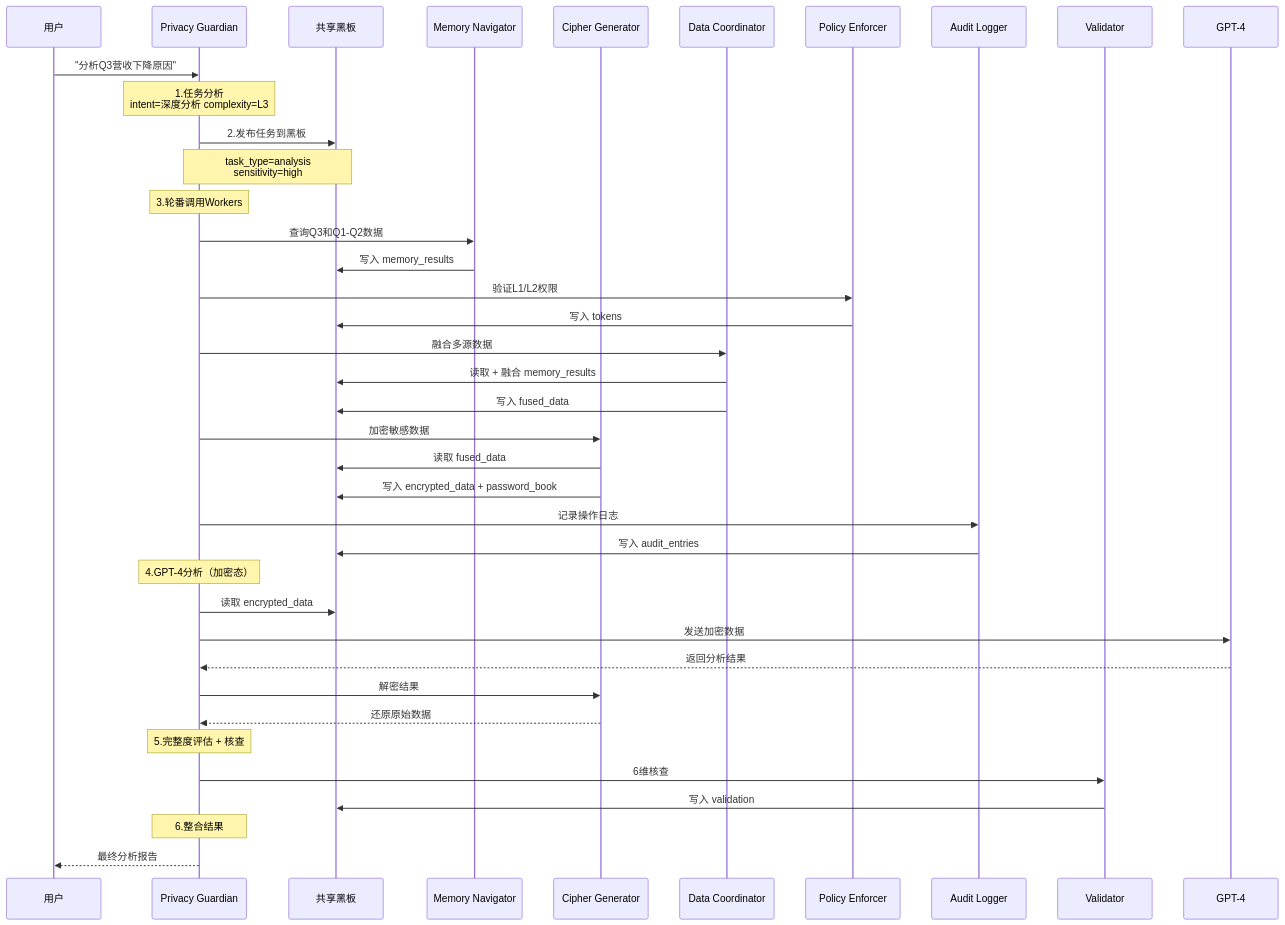
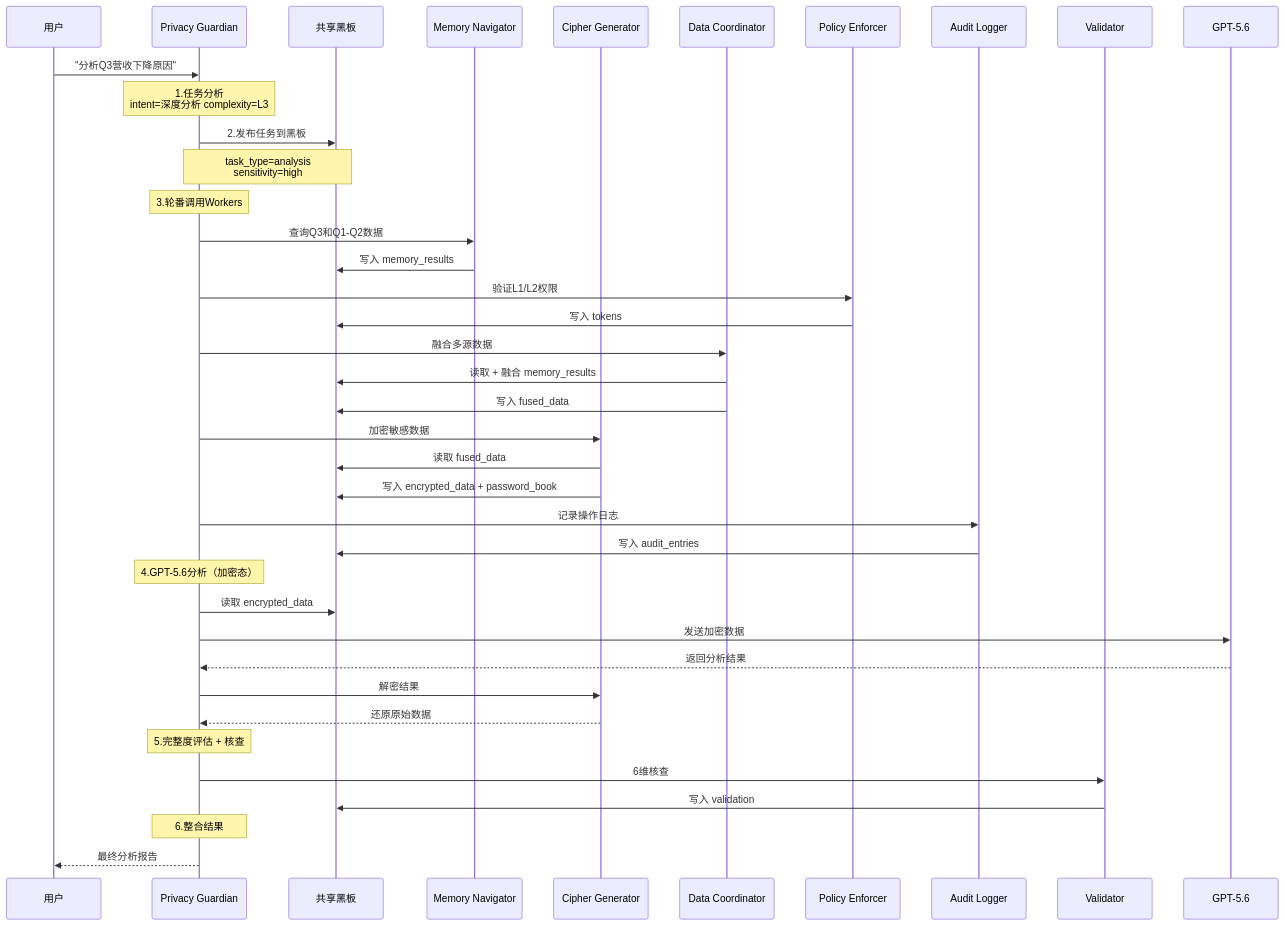
Before and after one commit to Lesleyshi1015/selfbrain-goai: the seventh of 7 diagrams in 参赛PPT/full-content-v3-final.md, drawn with Mermaid. The commit also changed other lines of this file, not shown here.

Commit message:
docs(ppt): GPT-4 全部更新为 GPT-5.6(25处)

````diff
--- a/参赛PPT/full-content-v3-final.md
+++ b/参赛PPT/full-content-v3-final.md
@@ -1219,42 +1219,42 @@
 ```mermaid
 sequenceDiagram
     participant U as 用户
     participant PG as Privacy Guardian
     participant BB as 共享黑板
     participant MN as Memory Navigator
     participant CG as Cipher Generator
     participant DC as Data Coordinator
     participant PE as Policy Enforcer
     participant AL as Audit Logger
     participant VL as Validator
-    participant G as GPT-4
+    participant G as GPT-5.6
 
     U->>PG: "分析Q3营收下降原因"
     Note over PG: 1.任务分析<br/>intent=深度分析 complexity=L3
     PG->>BB: 2.发布任务到黑板
     Note over PG,BB: task_type=analysis<br/>sensitivity=high
     Note over PG: 3.轮番调用Workers
     PG->>MN: 查询Q3和Q1-Q2数据
     MN->>BB: 写入 memory_results
     PG->>PE: 验证L1/L2权限
     PE->>BB: 写入 tokens
     PG->>DC: 融合多源数据
     DC->>BB: 读取 + 融合 memory_results
     DC->>BB: 写入 fused_data
     PG->>CG: 加密敏感数据
     CG->>BB: 读取 fused_data
     CG->>BB: 写入 encrypted_data + password_book
     PG->>AL: 记录操作日志
     AL->>BB: 写入 audit_entries
-    Note over PG: 4.GPT-4分析（加密态）
+    Note over PG: 4.GPT-5.6分析（加密态）
     PG->>BB: 读取 encrypted_data
     PG->>G: 发送加密数据
     G-->>PG: 返回分析结果
     PG->>CG: 解密结果
     CG-->>PG: 还原原始数据
     Note over PG: 5.完整度评估 + 核查
     PG->>VL: 6维核查
     VL->>BB: 写入 validation
     Note over PG: 6.整合结果
     PG-->>U: 最终分析报告
 ```
````
